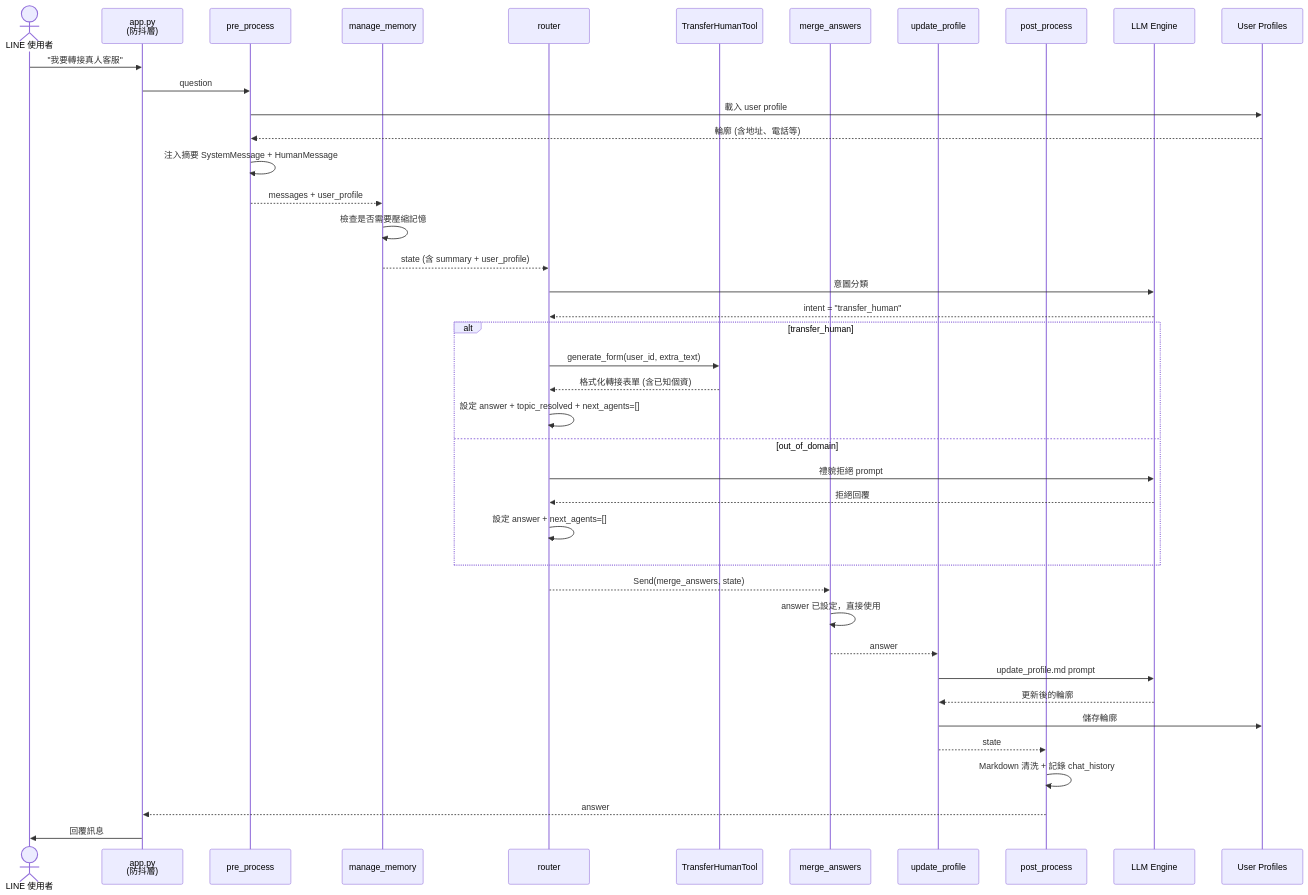
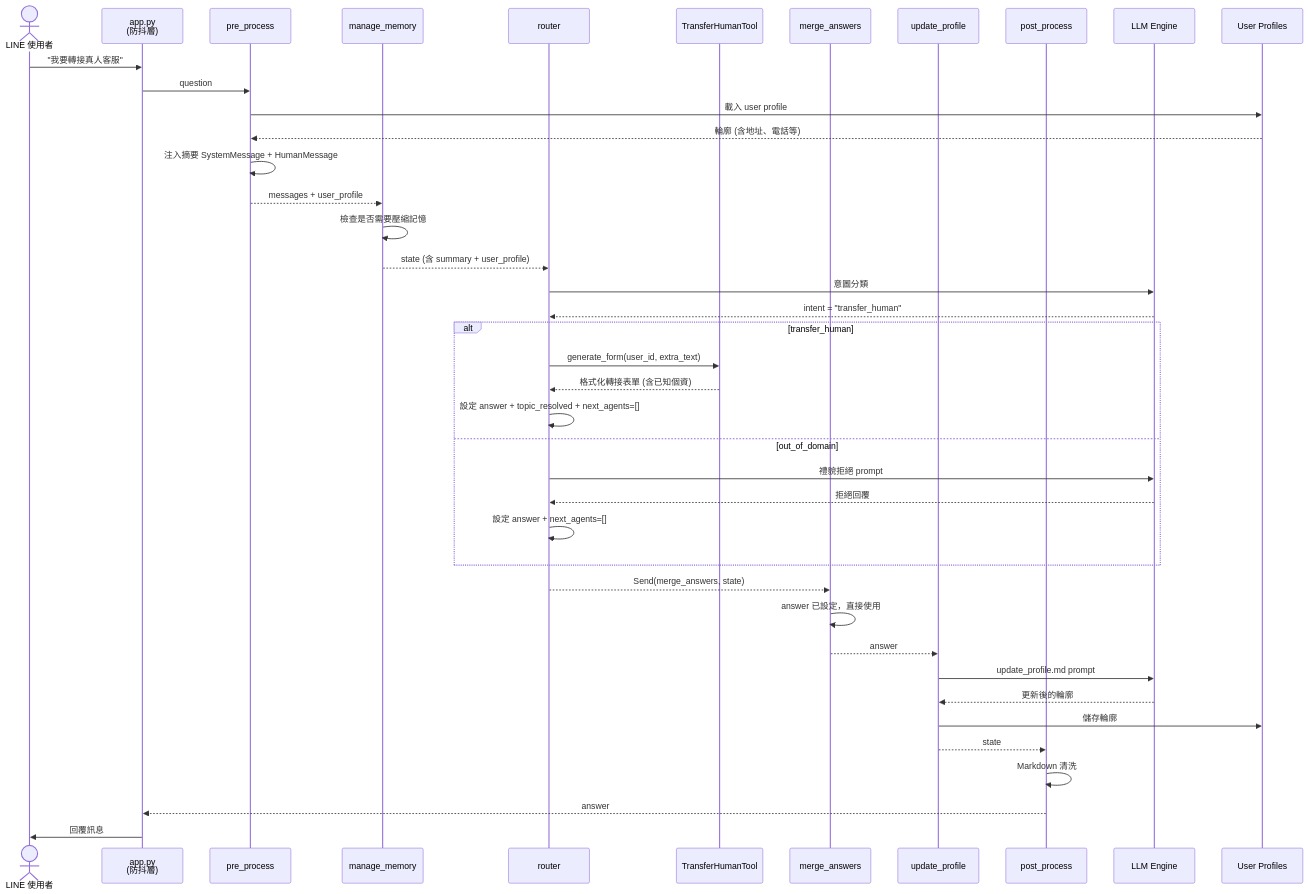
Before and after one commit to Imding1211/lock_AI_Agent: the fourth of 5 diagrams in docs/manuals/系統架構與流程圖.md, drawn with Mermaid. The commit also changed other lines of this file and 5 other files, not shown here.

````diff
--- a/docs/manuals/系統架構與流程圖.md
+++ b/docs/manuals/系統架構與流程圖.md
@@ -333,51 +333,51 @@
 ```mermaid
 sequenceDiagram
     actor User as LINE 使用者
     participant App as app.py<br/>(防抖層)
     participant PP as pre_process
     participant MM as manage_memory
     participant RT as router
     participant TransferTool as TransferHumanTool
     participant MA as merge_answers
     participant UP as update_profile
     participant Post as post_process
     participant LLM as LLM Engine
     participant Profile as User Profiles
 
     User->>App: "我要轉接真人客服"
     App->>PP: question
 
     PP->>Profile: 載入 user profile
     Profile-->>PP: 輪廓 (含地址、電話等)
     PP->>PP: 注入摘要 SystemMessage + HumanMessage
     PP-->>MM: messages + user_profile
 
     MM->>MM: 檢查是否需要壓縮記憶
     MM-->>RT: state (含 summary + user_profile)
 
     RT->>LLM: 意圖分類
     LLM-->>RT: intent = "transfer_human"
 
     alt transfer_human
         RT->>TransferTool: generate_form(user_id, extra_text)
         TransferTool-->>RT: 格式化轉接表單 (含已知個資)
         RT->>RT: 設定 answer + topic_resolved + next_agents=[]
     else out_of_domain
         RT->>LLM: 禮貌拒絕 prompt
         LLM-->>RT: 拒絕回覆
         RT->>RT: 設定 answer + next_agents=[]
     end
 
     RT-->>MA: Send(merge_answers, state)
     MA->>MA: answer 已設定，直接使用
 
     MA-->>UP: answer
     UP->>LLM: update_profile.md prompt
     LLM-->>UP: 更新後的輪廓
     UP->>Profile: 儲存輪廓
 
     UP-->>Post: state
-    Post->>Post: Markdown 清洗 + 記錄 chat_history
+    Post->>Post: Markdown 清洗
     Post-->>App: answer
     App->>User: 回覆訊息
 ```
````
